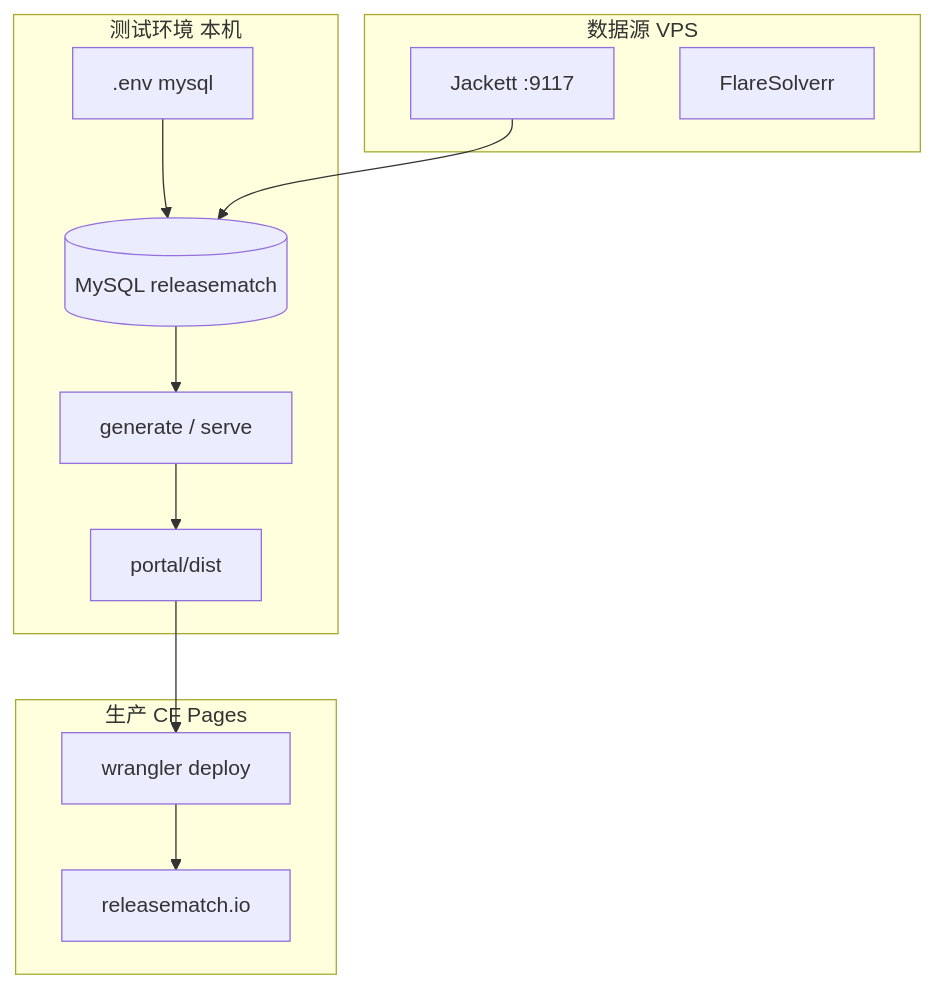
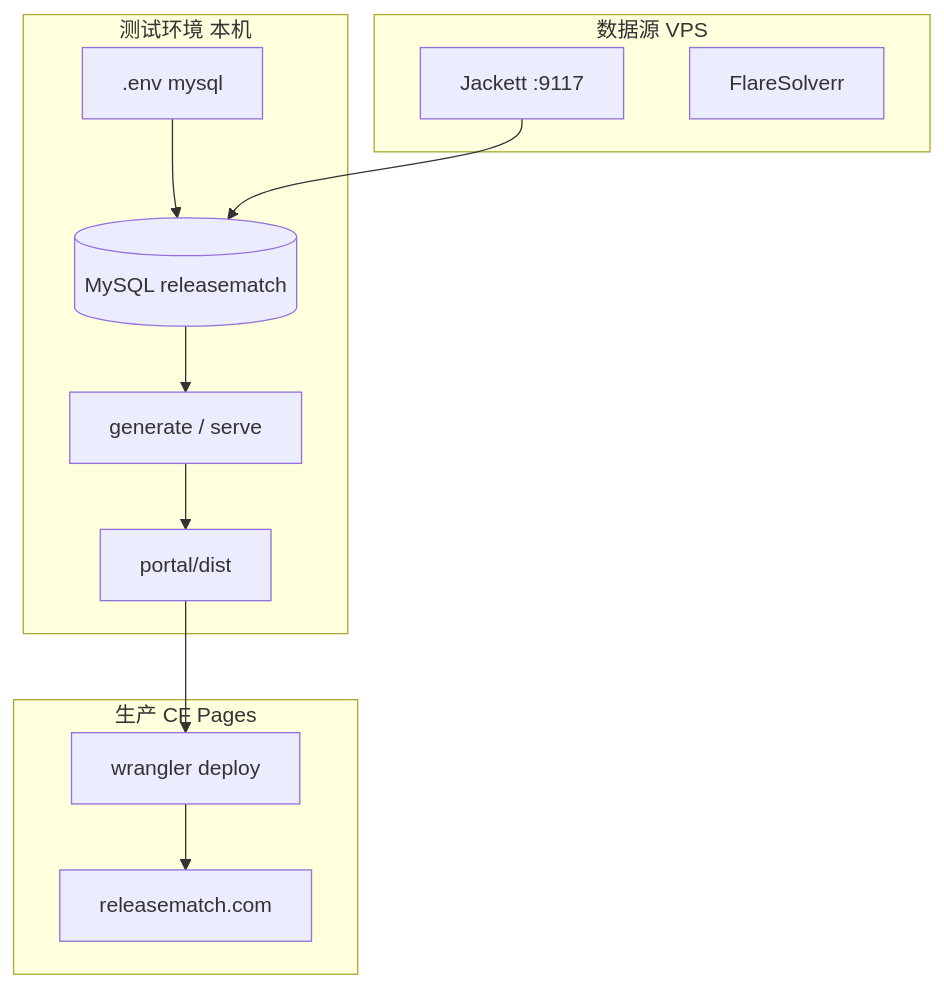
The second of 3 diagrams in releasematch/docs/12-日常运营执行手册.md (matthewxu/releasematch), drawn with Mermaid before and after one commit. The commit also changed 45 other files, not shown here.

````diff
--- a/releasematch/docs/12-日常运营执行手册.md
+++ b/releasematch/docs/12-日常运营执行手册.md
@@ -324,21 +324,21 @@
 ```mermaid
 flowchart TB
     subgraph test [测试环境 本机]
         ENV[.env mysql]
         DB[(MySQL releasematch)]
         GEN[generate / serve]
         DIST[portal/dist]
     end
     subgraph vps [数据源 VPS]
         JKT[Jackett :9117]
         FS[FlareSolverr]
     end
     subgraph prod [生产 CF Pages]
         WR[wrangler deploy]
-        SITE[releasematch.io]
+        SITE[releasematch.com]
     end
     ENV --> DB
     JKT --> DB
     DB --> GEN --> DIST
     DIST --> WR --> SITE
 ```
````
